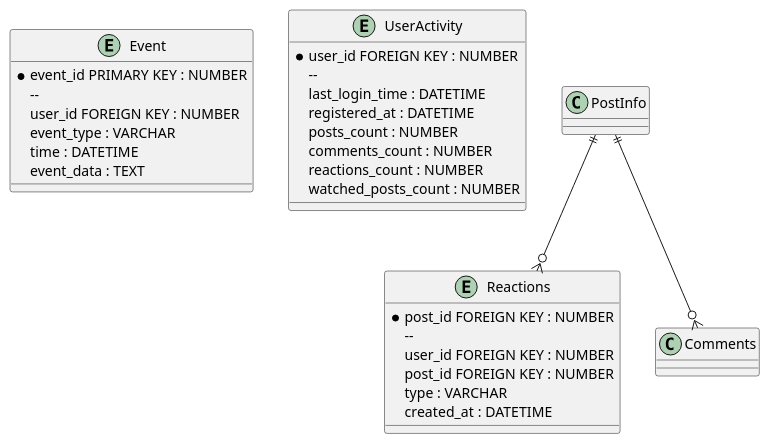
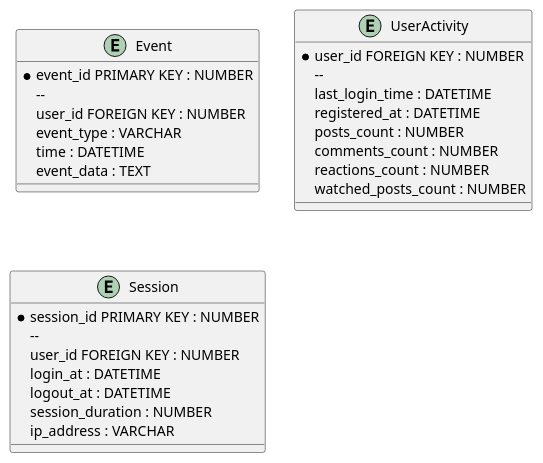
Before and after one commit to Doughnutik/SOA-HSE: the diagram in docs/statistics_service.puml, drawn with PlantUML. The commit also changed 2 other files, not shown here.

Commit message:
доделал ER диаграмы

```diff
--- a/docs/statistics_service.puml
+++ b/docs/statistics_service.puml
@@ -1,35 +1,33 @@
 @startuml
 
 entity "Event" {
 	* event_id PRIMARY KEY : NUMBER
   	--
   	user_id FOREIGN KEY : NUMBER
 	event_type : VARCHAR
 	time : DATETIME
 	event_data : TEXT
 }
 
 entity "UserActivity" {
 	* user_id FOREIGN KEY : NUMBER
   	--
   	last_login_time : DATETIME
 	registered_at : DATETIME
 	posts_count : NUMBER
 	comments_count : NUMBER
 	reactions_count : NUMBER
 	watched_posts_count : NUMBER
 }
 
-entity "Reactions" {
-	* post_id FOREIGN KEY : NUMBER
+entity "Session" {
+	* session_id PRIMARY KEY : NUMBER
   	--
   	user_id FOREIGN KEY : NUMBER
-	post_id FOREIGN KEY : NUMBER
-	type : VARCHAR
-	created_at : DATETIME
+	login_at : DATETIME
+	logout_at : DATETIME
+	session_duration : NUMBER
+	ip_address : VARCHAR
 }
-
-PostInfo ||--o{ Comments
-PostInfo ||--o{ Reactions
   
 @enduml
```
